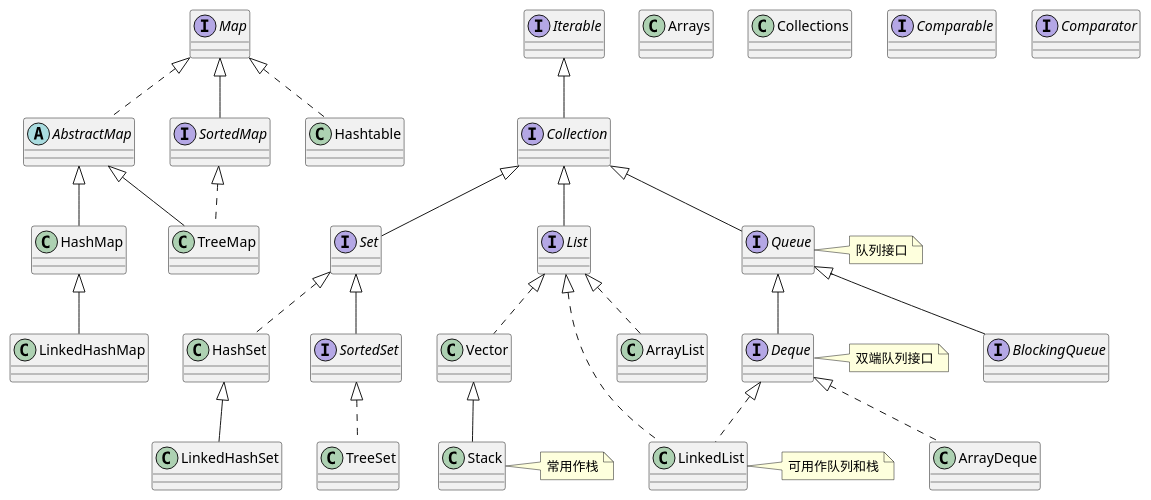
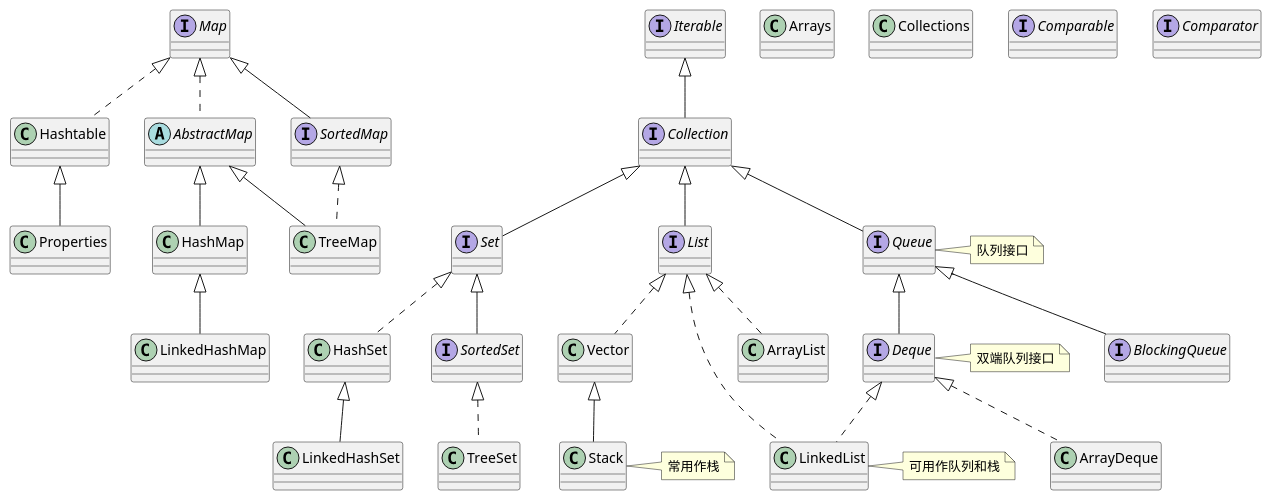
Before and after one commit to progzc/InterviewIForJob: the diagram in Arithmetic/src/main/resources/Collections.puml, drawn with PlantUML.

Commit message:
增加Properties

```diff
--- a/Arithmetic/src/main/resources/Collections.puml
+++ b/Arithmetic/src/main/resources/Collections.puml
@@ -1,63 +1,66 @@
 @startuml
 interface Iterable
 interface Collection
 Collection -up-|>Iterable
 interface List
 interface Set
 interface Queue
 List -up-|>Collection
 Set -up-|>Collection
 Queue -up-|>Collection
 class ArrayList
 class LinkedList
 ArrayList .up.|> List
 LinkedList .up.|>List
 interface Deque
 interface BlockingQueue
 Deque -up-|> Queue
 BlockingQueue -up-|> Queue
 LinkedList  .up.|> Deque
 class ArrayDeque
 ArrayDeque .up.|> Deque
 class Vector
 Vector .up.|> List
 class Stack
 Stack -up-|> Vector
 interface SortedSet
 SortedSet -up-|> Set
 class HashSet
 class TreeSet
 class LinkedHashSet
 HashSet .up.|> Set
 TreeSet .up.|>SortedSet
 LinkedHashSet -up-|> HashSet
 
 interface Map
 abstract class AbstractMap
 AbstractMap .up.|>Map
 interface SortedMap
 SortedMap -up-|> Map
 class Hashtable
 Hashtable .up.|> Map
 class TreeMap
 TreeMap -up-|> AbstractMap
 TreeMap .up.|> SortedMap
 class HashMap
 HashMap -up-|> AbstractMap
 class LinkedHashMap
 LinkedHashMap -up-|> HashMap
 
+class Properties
+Properties -up-|> Hashtable
+
 class Arrays
 class Collections
 Arrays -[hidden]> Collections
 
 interface Comparable
 interface Comparator
 Comparable -[hidden]> Comparator
 
 note right of Queue: 队列接口
 note right of Deque: 双端队列接口
 note right of LinkedList: 可用作队列和栈
 note right of Stack: 常用作栈
 
 @enduml
```
